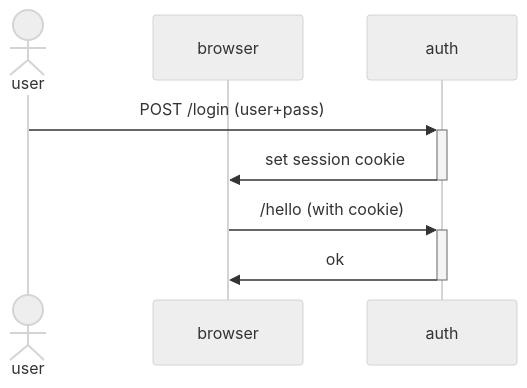
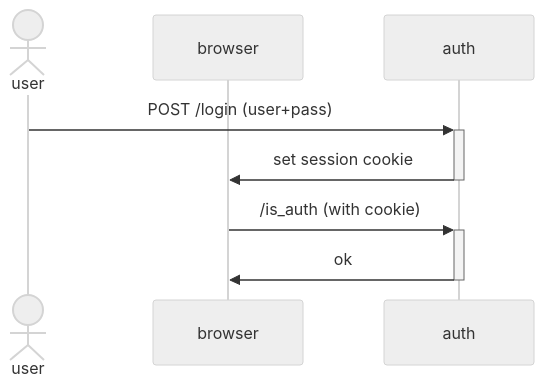
The diagram in README.md (woile/demo-biscuit-axum-rs), drawn with Mermaid (neutral theme) before and after one commit. The commit also changed other lines of this file and 1 other file, not shown here.

````diff
--- a/README.md
+++ b/README.md
@@ -20,9 +22,9 @@
 ```mermaid
 sequenceDiagram
     actor user
     participant browser
     user->>+auth: POST /login (user+pass)
     auth->>-browser: set session cookie
-    browser->>+auth: /hello (with cookie)
+    browser->>+auth: /is_auth (with cookie)
     auth->>-browser: ok
 ```
````
